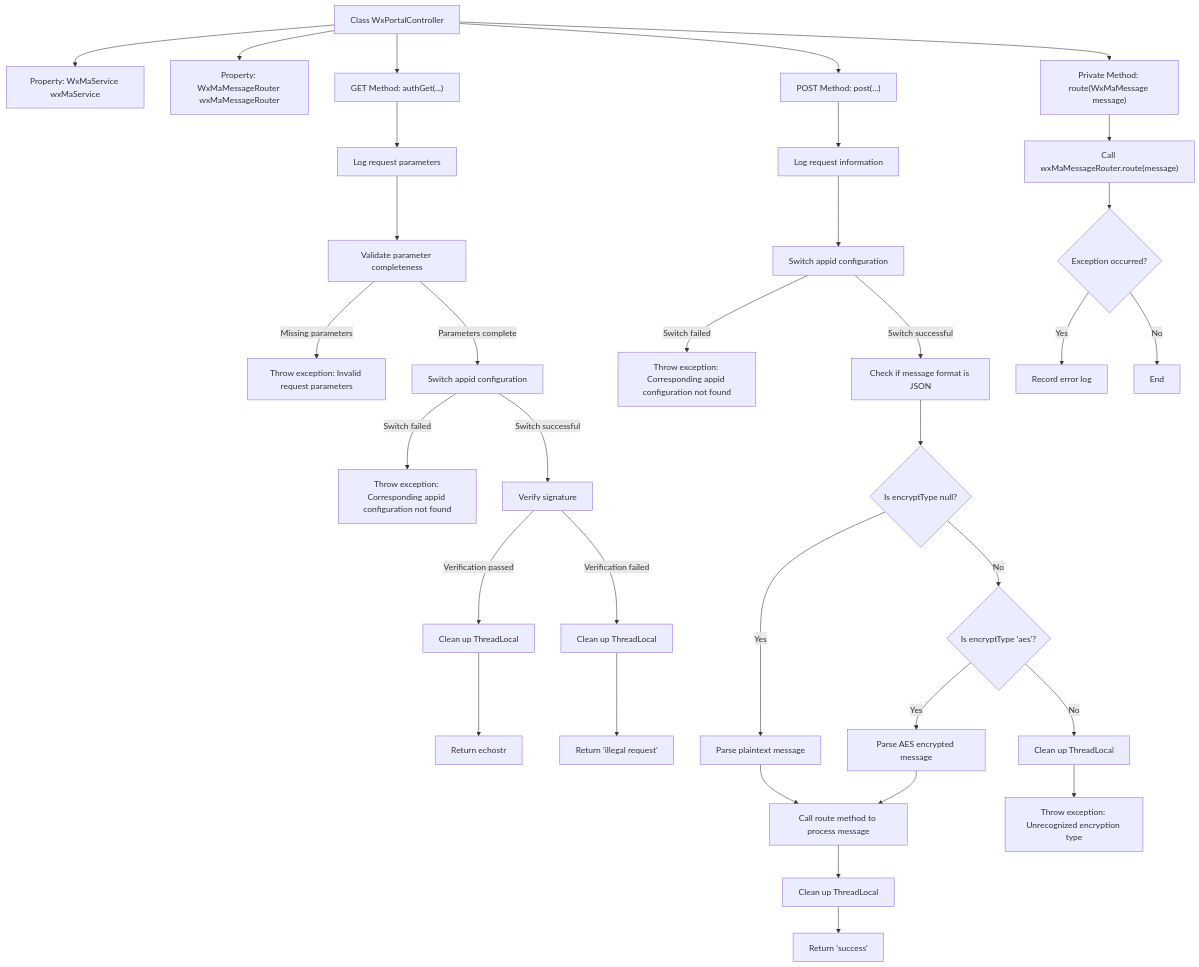
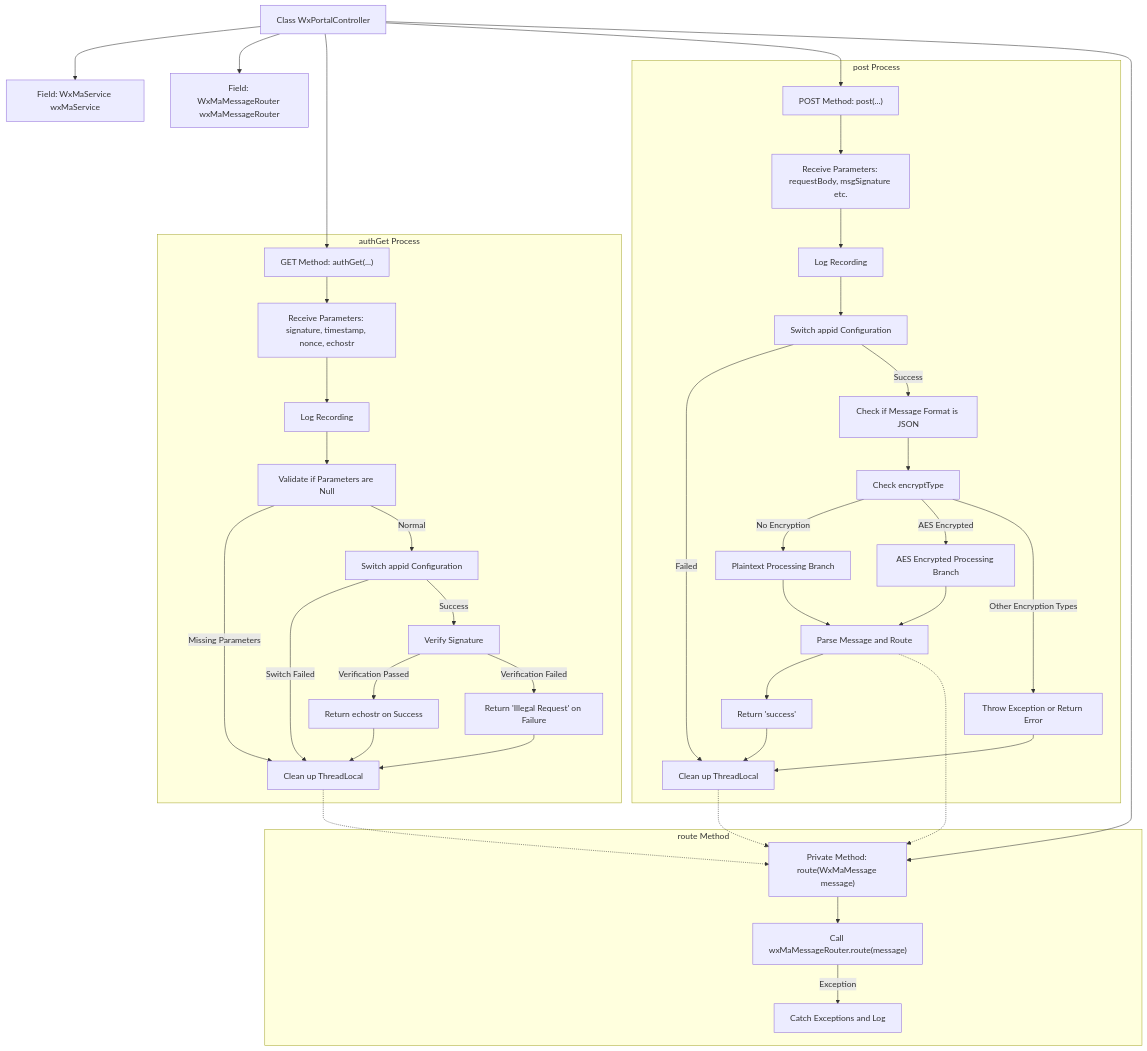
The second of 2 diagrams in docs/en/docs/src/main/java/com/github/binarywang/demo/wx/miniapp/controller/WxPortalController.md (v-wjrong/binary_weixin-java-miniapp-demo), drawn with Mermaid before and after one commit. The commit also changed other lines of this file and 47 other files, not shown here.

````diff
--- a/docs/en/docs/src/main/java/com/github/binarywang/demo/wx/miniapp/controller/WxPortalController.md
+++ b/docs/en/docs/src/main/java/com/github/binarywang/demo/wx/miniapp/controller/WxPortalController.md
@@ -94,46 +114,79 @@
 ```mermaid
 graph TD
     A["Class WxPortalController"]
-    B["Property: WxMaService wxMaService"]
-    C["Property: WxMaMessageRouter wxMaMessageRouter"]
+    B["Field: WxMaService wxMaService"]
+    C["Field: WxMaMessageRouter wxMaMessageRouter"]
     D["GET Method: authGet(...)"]
     E["POST Method: post(...)"]
     F["Private Method: route(WxMaMessage message)"]
 
     A --> B
     A --> C
     A --> D
     A --> E
     A --> F
 
-    D --> D1["Log request parameters"]
-    D1 --> D2["Validate parameter completeness"]
-    D2 --"Missing parameters"--> D3["Throw exception: Invalid request parameters"]
-    D2 --"Parameters complete"--> D4["Switch appid configuration"]
-    D4 --"Switch failed"--> D5["Throw exception: Corresponding appid configuration not found"]
-    D4 --"Switch successful"--> D6["Verify signature"]
-    D6 --"Verification passed"--> D7["Clean up ThreadLocal"]
-    D7 --> D8["Return echostr"]
-    D6 --"Verification failed"--> D9["Clean up ThreadLocal"]
-    D9 --> D10["Return 'illegal request'"]
+    subgraph "authGet Process"
+        D1["Receive Parameters: signature, timestamp, nonce, echostr"]
+        D2["Log Recording"]
+        D3["Validate if Parameters are Null"]
+        D4["Switch appid Configuration"]
+        D5["Verify Signature"]
+        D6["Return echostr on Success"]
+        D7["Return 'Illegal Request' on Failure"]
+        D8["Clean up ThreadLocal"]
 
-    E --> E1["Log request information"]
-    E1 --> E2["Switch appid configuration"]
-    E2 --"Switch failed"--> E3["Throw exception: Corresponding appid configuration not found"]
-    E2 --"Switch successful"--> E4["Check if message format is JSON"]
-    E4 --> E5{"Is encryptType null?"}
-    E5 --"Yes"--> E6["Parse plaintext message"]
-    E6 --> E7["Call route method to process message"]
-    E7 --> E8["Clean up ThreadLocal"]
-    E8 --> E9["Return 'success'"]
-    E5 --"No"--> E10{"Is encryptType 'aes'?"}
-    E10 --"Yes"--> E11["Parse AES encrypted message"]
-    E11 --> E7
-    E10 --"No"--> E12["Clean up ThreadLocal"]
-    E12 --> E13["Throw exception: Unrecognized encryption type"]
+        D --> D1
+        D1 --> D2
+        D2 --> D3
+        D3 -- Missing Parameters --> D8
+        D3 -- Normal --> D4
+        D4 -- Switch Failed --> D8
+        D4 -- Success --> D5
+        D5 -- Verification Passed --> D6
+        D5 -- Verification Failed --> D7
+        D6 --> D8
+        D7 --> D8
+    end
 
-    F --> F1["Call wxMaMessageRouter.route(message)"]
-    F1 --> F2{"Exception occurred?"}
-    F2 --"Yes"--> F3["Record error log"]
-    F2 --"No"--> F4["End"]
+    subgraph "post Process"
+        E1["Receive Parameters: requestBody, msgSignature etc."]
+        E2["Log Recording"]
+        E3["Switch appid Configuration"]
+        E4["Check if Message Format is JSON"]
+        E5["Check encryptType"]
+        E6["Plaintext Processing Branch"]
+        E7["AES Encrypted Processing Branch"]
+        E8["Parse Message and Route"]
+        E9["Return 'success'"]
+        E10["Throw Exception or Return Error"]
+        E11["Clean up ThreadLocal"]
+
+        E --> E1
+        E1 --> E2
+        E2 --> E3
+        E3 -- Failed --> E11
+        E3 -- Success --> E4
+        E4 --> E5
+        E5 -- No Encryption --> E6
+        E5 -- AES Encrypted --> E7
+        E6 --> E8
+        E7 --> E8
+        E8 --> E9
+        E9 --> E11
+        E5 -- Other Encryption Types --> E10
+        E10 --> E11
+    end
+
+    subgraph "route Method"
+        F1["Call wxMaMessageRouter.route(message)"]
+        F2["Catch Exceptions and Log"]
+
+        F --> F1
+        F1 -- Exception --> F2
+    end
+
+    D8 -.-> F
+    E8 -.-> F
+    E11 -.-> F
 ```
````
